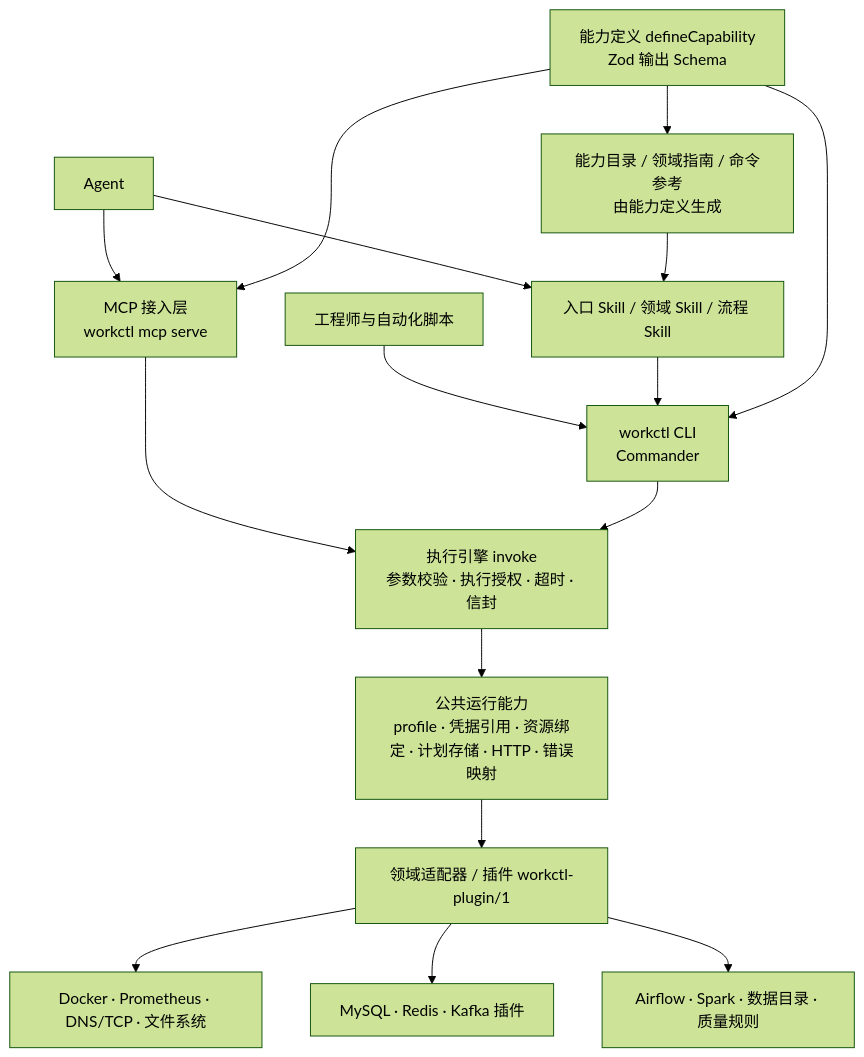
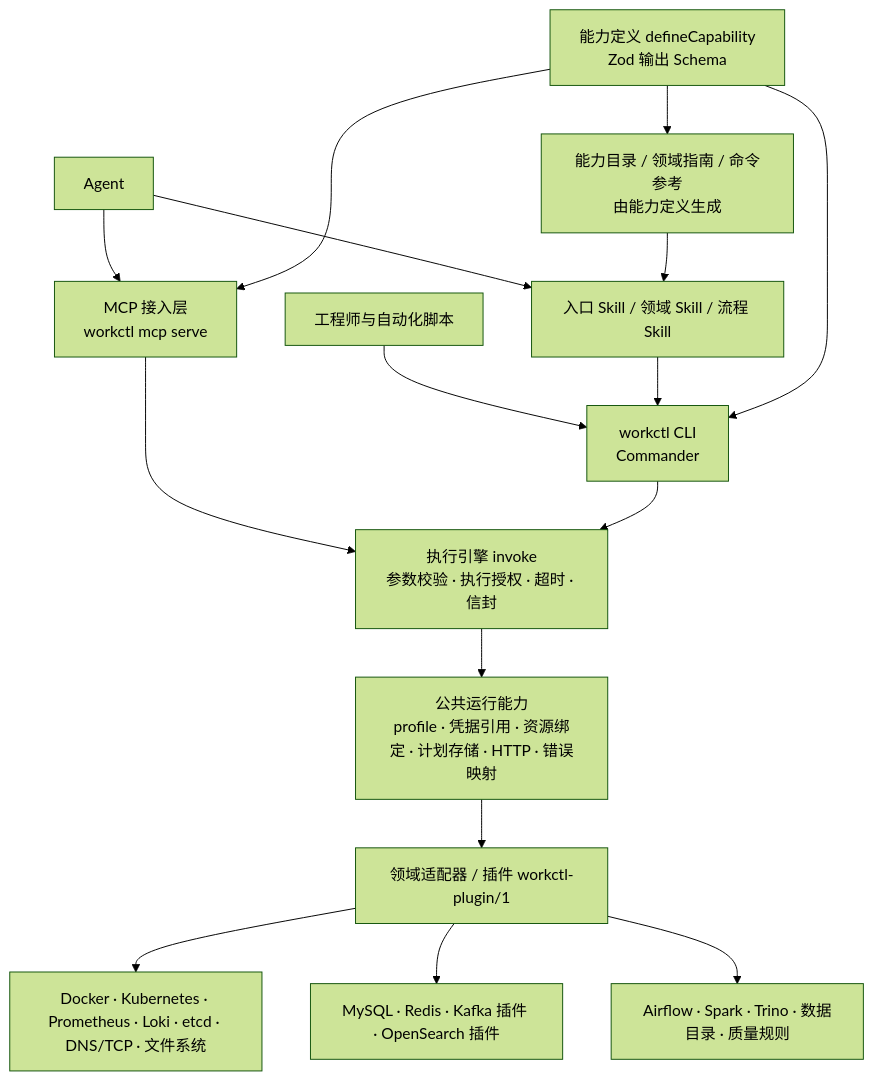
One commit to luckylucky0001/workflow-cli changed the diagram in README.md. Above: the diagram before and after it, drawn with Mermaid (forest theme). The commit also changed other lines of this file and 37 other files, not shown here.

First line of the commit message:
Search plugin joins the demo: OpenSearch in up/verify-all, file inputs resolved to absolute paths

````diff
--- a/README.md
+++ b/README.md
@@ -49,18 +51,18 @@
 ```mermaid
 flowchart TB
     H[工程师与自动化脚本] --> CLI[workctl CLI<br/>Commander]
     A[Agent] --> S[入口 Skill / 领域 Skill / 流程 Skill]
     D[能力目录 / 领域指南 / 命令参考<br/>由能力定义生成] --> S
     S --> CLI
     A --> M[MCP 接入层<br/>workctl mcp serve]
     M --> E
     CLI --> E[执行引擎 invoke<br/>参数校验 · 执行授权 · 超时 · 信封]
     C[能力定义 defineCapability<br/>Zod 输出 Schema] --> CLI
     C --> D
     C --> M
     E --> R[公共运行能力<br/>profile · 凭据引用 · 资源绑定 · 计划存储 · HTTP · 错误映射]
     R --> P[领域适配器 / 插件 workctl-plugin/1]
-    P --> I[Docker · Prometheus · DNS/TCP · 文件系统]
-    P --> W[MySQL · Redis · Kafka 插件]
-    P --> O[Airflow · Spark · 数据目录 · 质量规则]
+    P --> I[Docker · Kubernetes · Prometheus · Loki · etcd · DNS/TCP · 文件系统]
+    P --> W[MySQL · Redis · Kafka 插件 · OpenSearch 插件]
+    P --> O[Airflow · Spark · Trino · 数据目录 · 质量规则]
 ```
````
